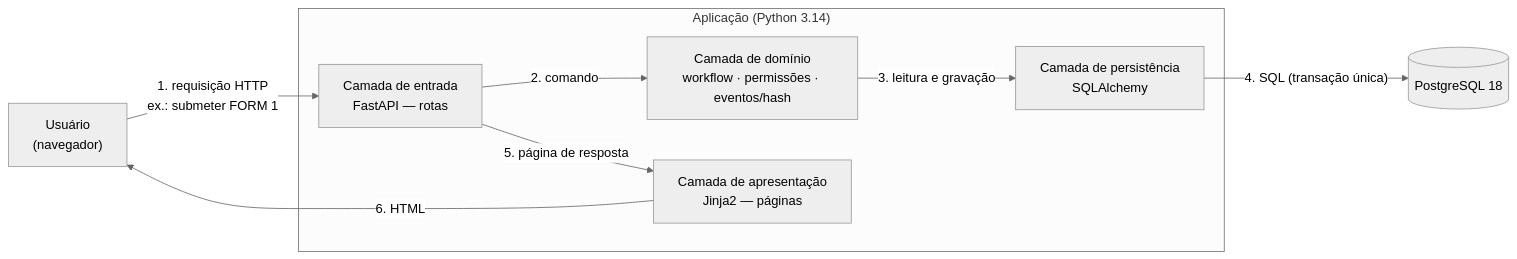
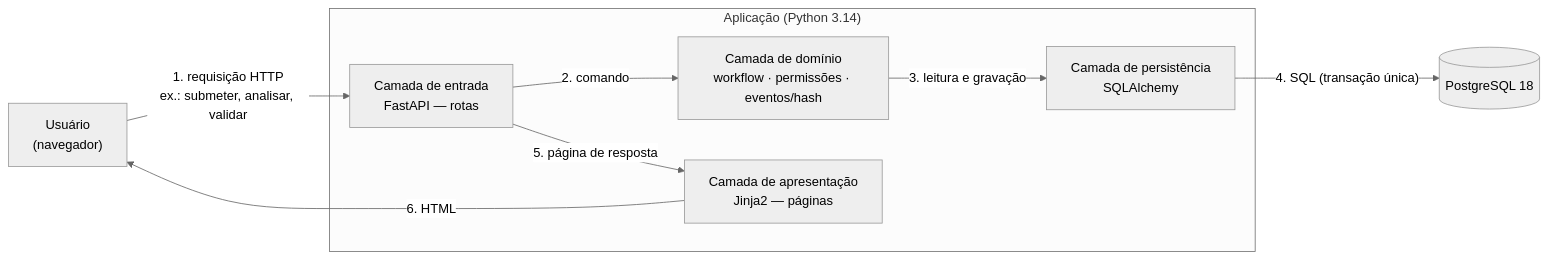
The diagram in ARQUITETURA_POC.md (ailtonfv/governanca-lgpd-hortolandia), drawn with Mermaid (neutral theme) before and after one commit. The commit also changed other lines of this file, not shown here.

Commit message:
Diagrama vale para qualquer Instrumento

````diff
--- a/ARQUITETURA_POC.md
+++ b/ARQUITETURA_POC.md
@@ -8,12 +8,12 @@
 ```mermaid
 flowchart LR
-    U["Usuário<br/>(navegador)"] -->|"1. requisição HTTP<br/>ex.: submeter FORM 1"| A
+    U["Usuário<br/>(navegador)"] -->|"1. requisição HTTP<br/>ex.: submeter, analisar, validar"| A
     subgraph S["Aplicação (Python 3.14)"]
         A["Camada de entrada<br/>FastAPI — rotas"] -->|"2. comando"| D
         D["Camada de domínio<br/>workflow · permissões · eventos/hash"] -->|"3. leitura e gravação"| P
         P["Camada de persistência<br/>SQLAlchemy"]
         A -->|"5. página de resposta"| T["Camada de apresentação<br/>Jinja2 — páginas"]
     end
     P -->|"4. SQL (transação única)"| B[("PostgreSQL 18")]
     T -->|"6. HTML"| U
 ```
````
